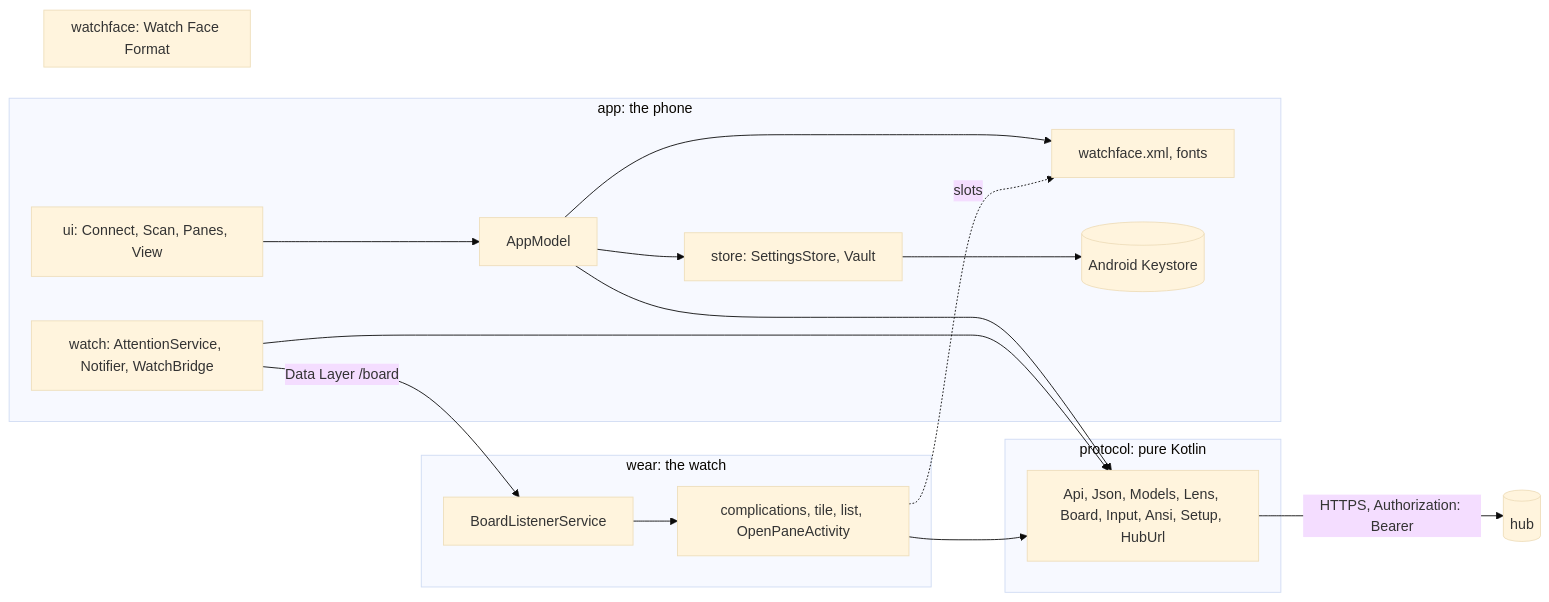
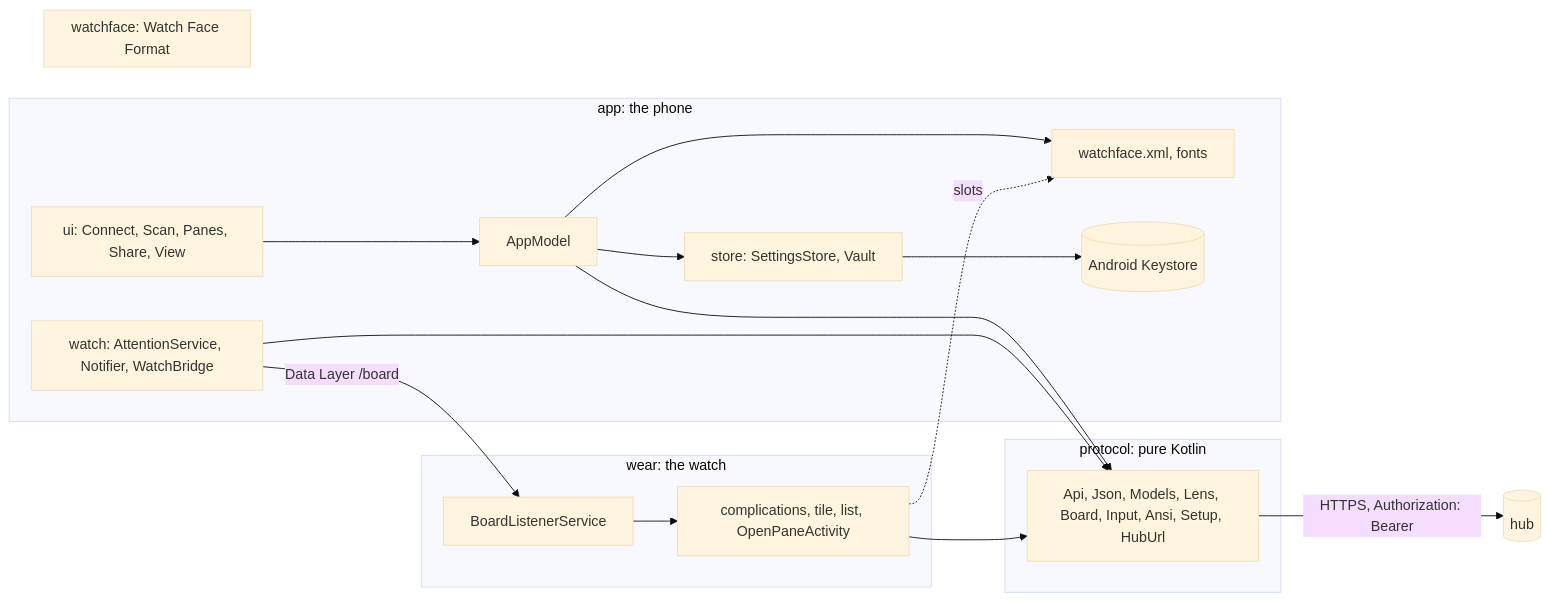
Before and after one commit to notmarkopadjen/muxway-android: the first of 5 diagrams in docs/ARCHITECTURE.md, drawn with Mermaid (base theme). The commit also changed other lines of this file and 7 other files, not shown here.

Commit message:
Share a file into a pane: muxway is a share target, and a chooser lists the panes that take files

````diff
--- a/docs/ARCHITECTURE.md
+++ b/docs/ARCHITECTURE.md
@@ -11,24 +11,24 @@
 ```mermaid
 flowchart LR
     subgraph protocol[protocol: pure Kotlin]
         P[Api, Json, Models, Lens, Board, Input, Ansi, Setup, HubUrl]
     end
     subgraph app[app: the phone]
-        UI[ui: Connect, Scan, Panes, View] --> M[AppModel]
+        UI[ui: Connect, Scan, Panes, Share, View] --> M[AppModel]
         M --> F[files: Attachments]
         M --> S[store: SettingsStore, Vault]
         S --> KS[(Android Keystore)]
         W[watch: AttentionService, Notifier, WatchBridge]
     end
     subgraph wear[wear: the watch]
         L[BoardListenerService] --> C[complications, tile, list, OpenPaneActivity]
     end
     subgraph watchface[watchface: Watch Face Format]
         F[watchface.xml, fonts]
     end
     M & W --> P
     C --> P
     P -- "HTTPS, Authorization: Bearer" --> H[(hub)]
     W -- "Data Layer /board" --> L
     C -. slots .-> F
 ```
````
